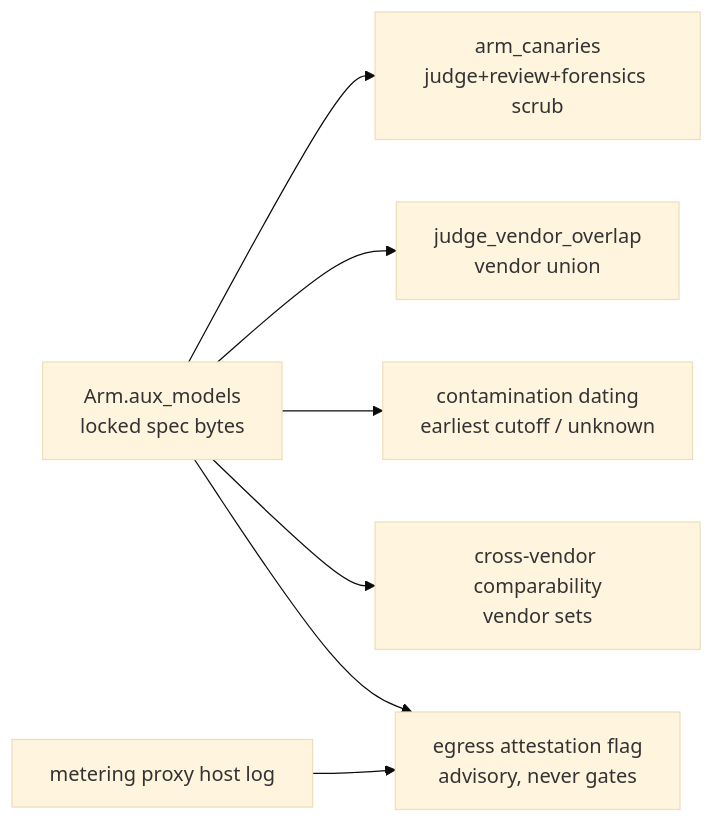
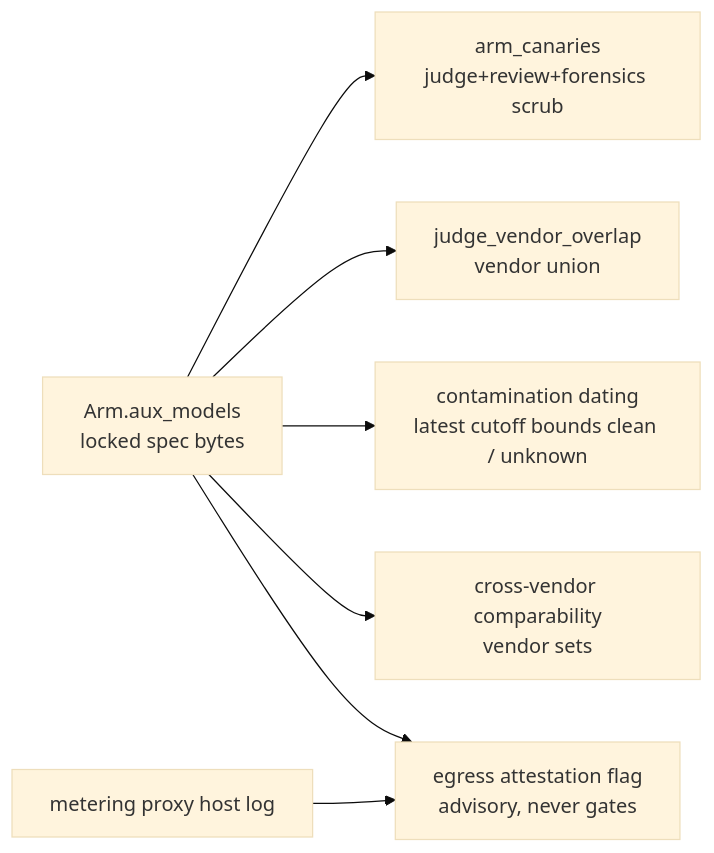
Before and after one commit to jyang234/verdi-bench: the diagram in docs/design/specs/proposed/eval13.spec.md, drawn with Mermaid (base theme). The commit also changed other lines of this file and 3 other files, not shown here.

````diff
--- a/docs/design/specs/proposed/eval13.spec.md
+++ b/docs/design/specs/proposed/eval13.spec.md
@@ -161,9 +168,9 @@
 ```mermaid
 flowchart LR
   SP[Arm.aux_models<br/>locked spec bytes] --> BC[arm_canaries<br/>judge+review+forensics scrub]
   SP --> VO[judge_vendor_overlap<br/>vendor union]
-  SP --> CD[contamination dating<br/>earliest cutoff / unknown]
+  SP --> CD[contamination dating<br/>latest cutoff bounds clean / unknown]
   SP --> CC[cross-vendor comparability<br/>vendor sets]
   PX[metering proxy host log] --> EA[egress attestation flag<br/>advisory, never gates]
   SP --> EA
 ```
````
